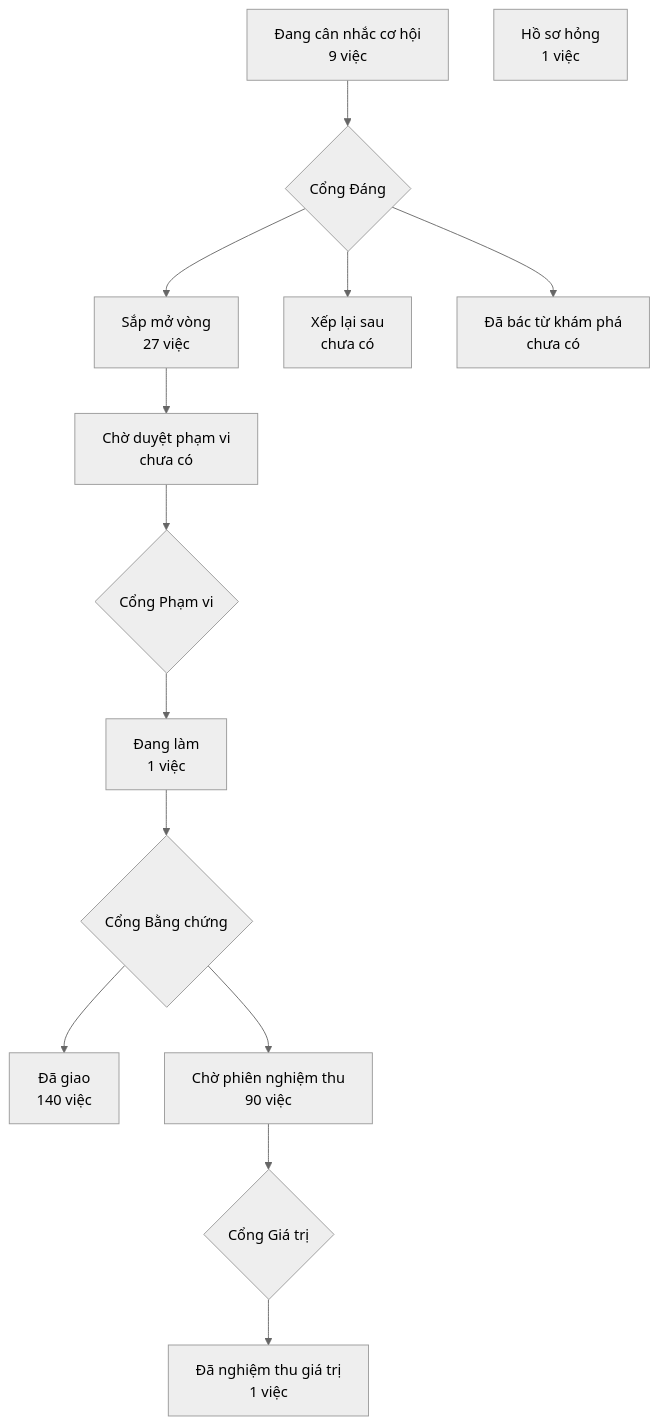
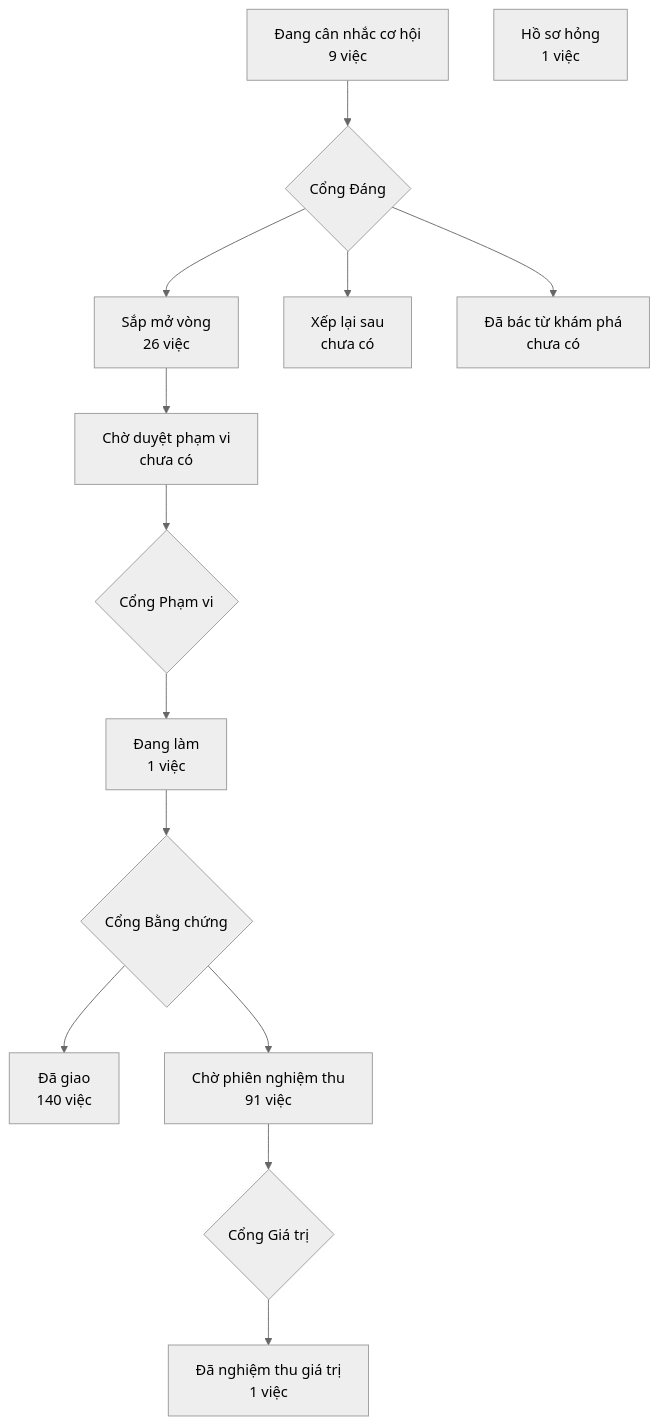
The diagram in PRODUCT-MAP.md (phanlemanh/crm-onehub), drawn with Mermaid (neutral theme) before and after one commit. The commit also changed other lines of this file and 1 other file, not shown here.

Commit message:
chore: vẽ lại bản đồ sản phẩm trên cây sạch sau Cổng Bằng chứng L2

````diff
--- a/PRODUCT-MAP.md
+++ b/PRODUCT-MAP.md
@@ -7,13 +7,13 @@
 ```mermaid
 flowchart TD
   A["Đang cân nhắc cơ hội<br/>9 việc"] --> GD{"Cổng Đáng"}
-  GD --> B["Sắp mở vòng<br/>27 việc"]
+  GD --> B["Sắp mở vòng<br/>26 việc"]
   GD --> XL["Xếp lại sau<br/>chưa có"]
   GD --> DB["Đã bác từ khám phá<br/>chưa có"]
   B --> CD["Chờ duyệt phạm vi<br/>chưa có"] --> GP{"Cổng Phạm vi"}
   GP --> DL["Đang làm<br/>1 việc"] --> GB{"Cổng Bằng chứng"}
   GB --> DG["Đã giao<br/>140 việc"]
-  GB --> CN["Chờ phiên nghiệm thu<br/>90 việc"] --> GG{"Cổng Giá trị"}
+  GB --> CN["Chờ phiên nghiệm thu<br/>91 việc"] --> GG{"Cổng Giá trị"}
   GG --> NT["Đã nghiệm thu giá trị<br/>1 việc"]
   HS["Hồ sơ hỏng<br/>1 việc"]
 ```
````
